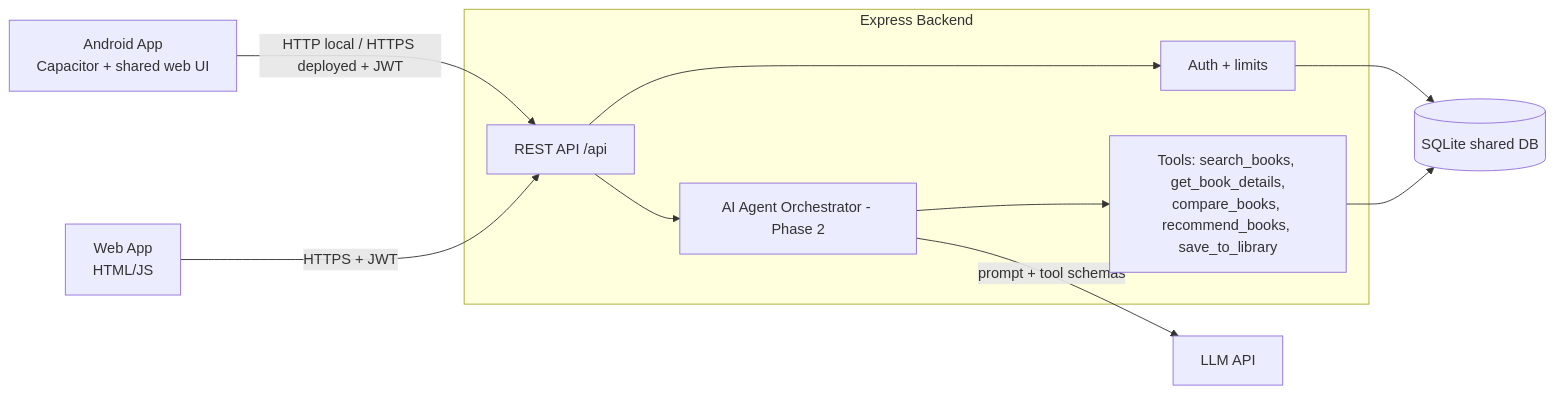
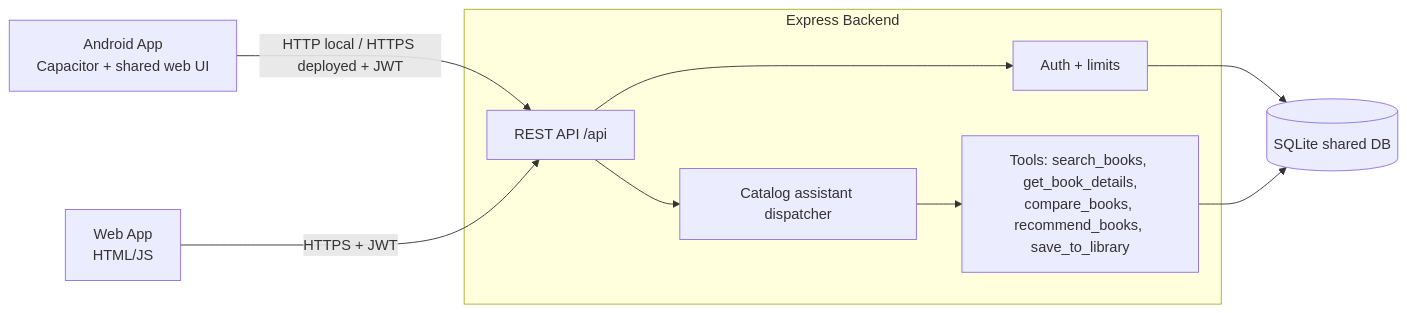
The diagram in docs/PHASE1_TECHNICAL_DOCUMENTATION.md (EugeneGutierrez05/E-Read-Ai), drawn with Mermaid before and after one commit. The commit also changed other lines of this file and 7 other files, not shown here.

Commit message:
Implement Phase 2 admin and catalog assistant

````diff
--- a/docs/PHASE1_TECHNICAL_DOCUMENTATION.md
+++ b/docs/PHASE1_TECHNICAL_DOCUMENTATION.md
@@ -24,13 +24,12 @@
 ```mermaid
 flowchart LR
   A[Android App<br/>Capacitor + shared web UI] -->|HTTP local / HTTPS deployed + JWT| API
   W[Web App<br/>HTML/JS] -->|HTTPS + JWT| API
   subgraph Backend [Express Backend]
     API[REST API /api] --> AUTH[Auth + limits]
-    API --> AG[AI Agent Orchestrator - Phase 2]
+    API --> AG[Catalog assistant dispatcher]
     AG --> T[Tools: search_books, get_book_details,<br/>compare_books, recommend_books, save_to_library]
   end
   AUTH --> DB[(SQLite shared DB)]
   T --> DB
-  AG -->|prompt + tool schemas| LLM[LLM API]
 ```
````
